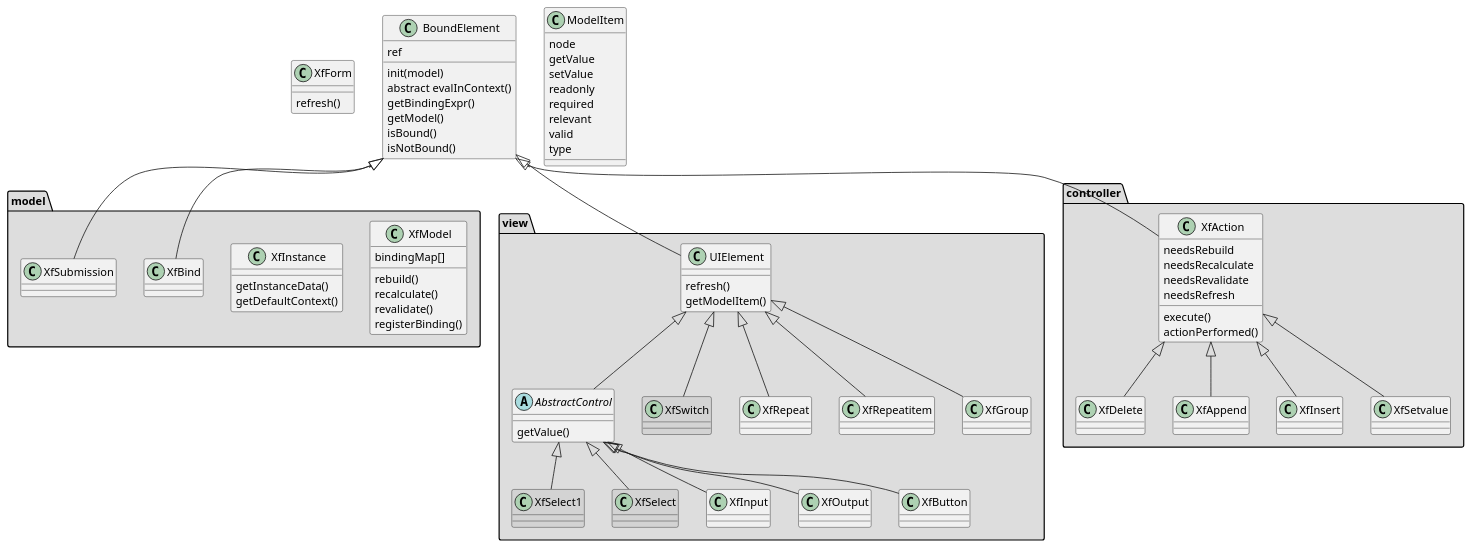
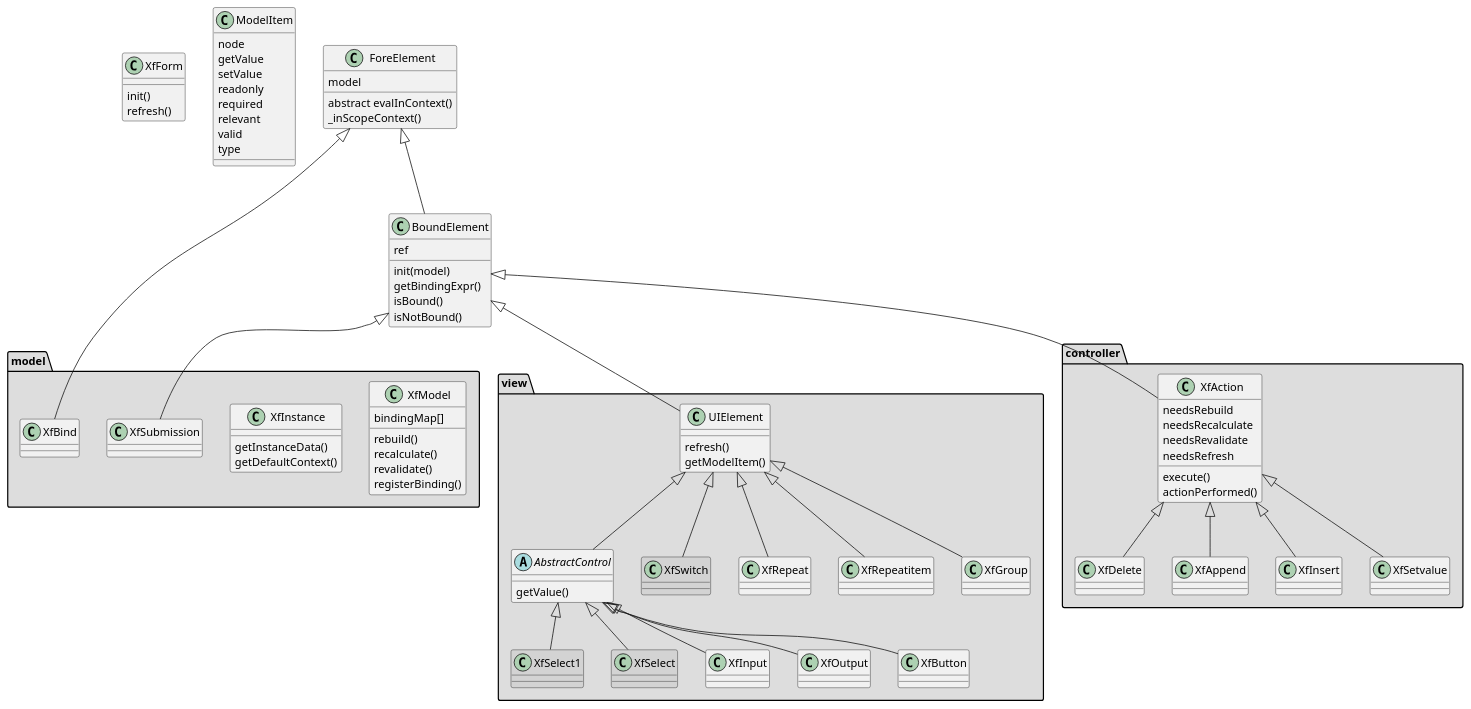
The diagram in doc/classdiagram.puml (Jinntec/Fore), drawn with PlantUML before and after one commit. The commit also changed 4 other files, not shown here.

Commit message:
update class diagram; introduced ForeElement as an 'abstract' base class of all other elements

```diff
--- a/doc/classdiagram.puml
+++ b/doc/classdiagram.puml
@@ -1,92 +1,101 @@
 @startuml
 class XfForm {
+    init()
     refresh()
-}
-class BoundElement{
-    ref
-    init(model)
-    abstract evalInContext()
-    getBindingExpr()
-    getModel()
-    isBound()
-    isNotBound()
 }
 class ModelItem{
     node
     getValue
     setValue
     readonly
     required
     relevant
     valid
     type
 }
+class ForeElement{
+    model
+    abstract evalInContext()
+    _inScopeContext()
+}
+
+class BoundElement{
+    ref
+    init(model)
+    getBindingExpr()
+    isBound()
+    isNotBound()
+}
+
+ForeElement <|-- BoundElement
+
+
 package "model" #DDDDDD {
     class XfModel{
         bindingMap[]
         rebuild()
         recalculate()
         revalidate()
         registerBinding()
     }
     class XfInstance{
         getInstanceData()
         getDefaultContext()
     }
     class XfBind
     class XfSubmission
 }
 
 
 
 package "view" #DDDDDD{
     class UIElement{
         refresh()
         getModelItem()
     }
     abstract class AbstractControl{
         getValue()
     }
     class XfSwitch #lightgrey
     class XfSelect1 #lightgrey
     class XfSelect #lightgrey
     UIElement <|-- AbstractControl
     AbstractControl <|-- XfInput
     AbstractControl <|-- XfOutput
     AbstractControl <|-- XfButton
     UIElement <|-- XfRepeat
     UIElement <|-- XfRepeatitem
     UIElement <|-- XfGroup
     UIElement <|-- XfSwitch
     AbstractControl <|-- XfSelect
     AbstractControl <|-- XfSelect1
 }
 
 package "controller" #DDDDDD{
     class XfAction{
         needsRebuild
         needsRecalculate
         needsRevalidate
         needsRefresh
         execute()
         actionPerformed()
     }
     XfAction <|-- XfDelete
     XfAction <|-- XfAppend
     XfAction <|-- XfInsert
     XfAction <|-- XfSetvalue
 
 }
 
 
 
 BoundElement <|-- UIElement
 BoundElement <|-- XfAction
-BoundElement <|-- XfBind
+ForeElement <|-- XfBind
 BoundElement <|-- XfSubmission
 
 
 
 
 
 @enduml
```
